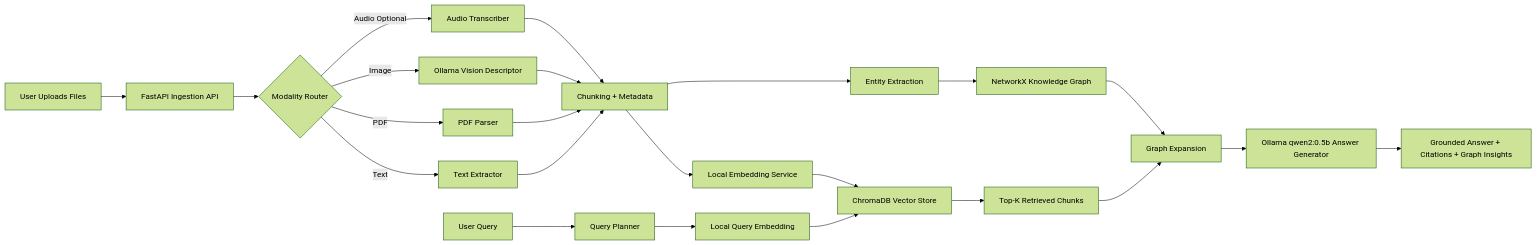
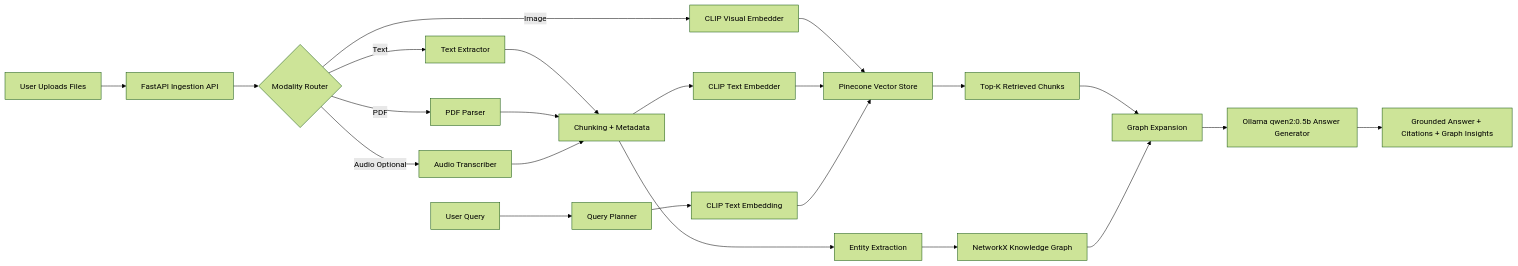
Before and after one commit to LogicalGagan/RAG_AGENT_ASSISNMENT: the diagram in docs/architecture.mmd, drawn with Mermaid (forest theme). The commit also changed 5 other files, not shown here.

Commit message:
feat: Implement E-Commerce UI, Pinecone, and CLIP embeddings

```diff
--- a/docs/architecture.mmd
+++ b/docs/architecture.mmd
@@ -1,23 +1,23 @@
 flowchart LR
     A[User Uploads Files] --> B[FastAPI Ingestion API]
     B --> C{Modality Router}
     C -->|Text| D[Text Extractor]
     C -->|PDF| E[PDF Parser]
-    C -->|Image| F[Ollama Vision Descriptor]
+    C -->|Image| F[CLIP Visual Embedder]
     C -->|Audio Optional| G[Audio Transcriber]
     D --> H[Chunking + Metadata]
     E --> H
-    F --> H
+    F --> J
     G --> H
-    H --> I[Local Embedding Service]
-    I --> J[ChromaDB Vector Store]
+    H --> I[CLIP Text Embedder]
+    I --> J[Pinecone Vector Store]
     H --> K[Entity Extraction]
     K --> L[NetworkX Knowledge Graph]
     M[User Query] --> N[Query Planner]
-    N --> O[Local Query Embedding]
+    N --> O[CLIP Text Embedding]
     O --> J
     J --> P[Top-K Retrieved Chunks]
     P --> Q[Graph Expansion]
     L --> Q
     Q --> R[Ollama qwen2:0.5b Answer Generator]
     R --> S[Grounded Answer + Citations + Graph Insights]
```
